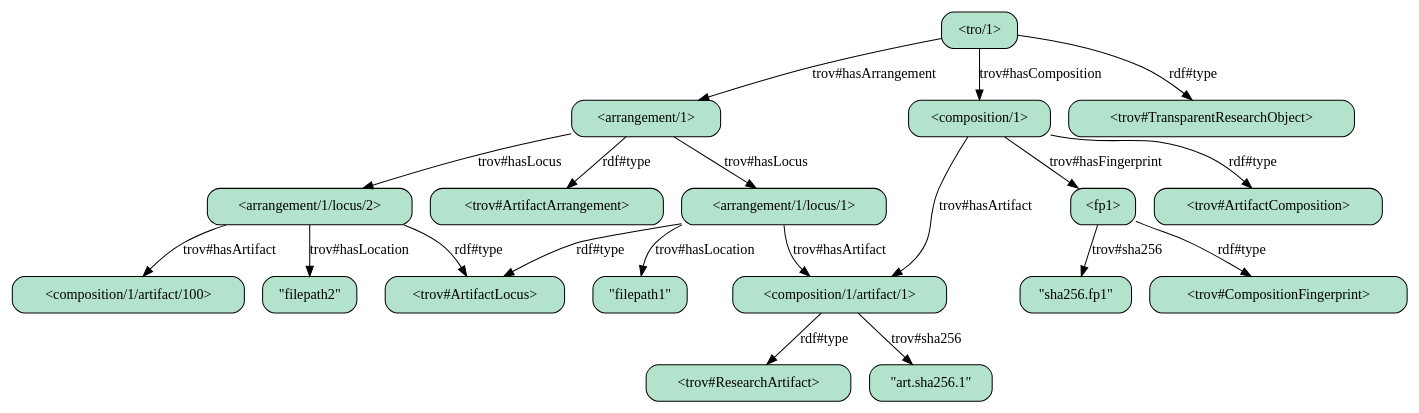
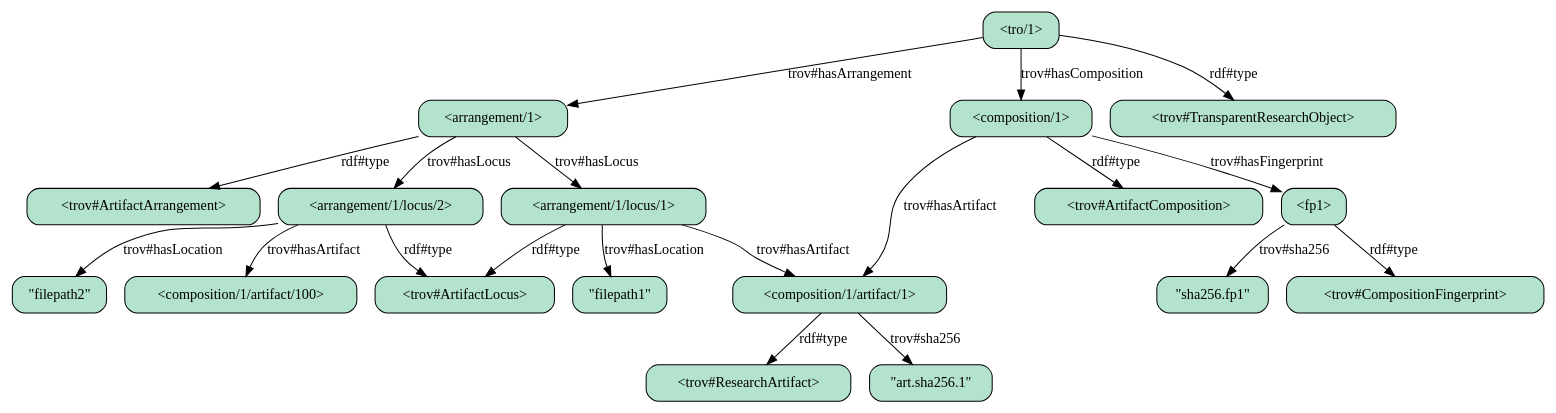
One commit to CIRSS/geist-p changed the diagram in demo/02-rdflib-demos/products/kb.gv. Above: the diagram before and after it, drawn with Graphviz. The commit also changed other lines of this file and 7 other files, not shown here.

```diff
--- a/demo/02-rdflib-demos/products/kb.gv
+++ b/demo/02-rdflib-demos/products/kb.gv
@@ -1,75 +1,75 @@
 strict digraph "" {
+	"<arrangement/1>"	[fillcolor="#b3e2cd",
+		shape=box,
+		style="filled, rounded"];
+	"<trov#ArtifactArrangement>"	[fillcolor="#b3e2cd",
+		shape=box,
+		style="filled, rounded"];
+	"<arrangement/1>" -> "<trov#ArtifactArrangement>"	[label=<rdf#type>];
+	"<arrangement/1/locus/1>"	[fillcolor="#b3e2cd",
+		shape=box,
+		style="filled, rounded"];
+	"<arrangement/1>" -> "<arrangement/1/locus/1>"	[label=<trov#hasLocus>];
+	"<arrangement/1/locus/2>"	[fillcolor="#b3e2cd",
+		shape=box,
+		style="filled, rounded"];
+	"<arrangement/1>" -> "<arrangement/1/locus/2>"	[label=<trov#hasLocus>];
+	"<trov#ArtifactLocus>"	[fillcolor="#b3e2cd",
+		shape=box,
+		style="filled, rounded"];
+	"<arrangement/1/locus/1>" -> "<trov#ArtifactLocus>"	[label=<rdf#type>];
+	"<composition/1/artifact/1>"	[fillcolor="#b3e2cd",
+		shape=box,
+		style="filled, rounded"];
+	"<arrangement/1/locus/1>" -> "<composition/1/artifact/1>"	[label=<trov#hasArtifact>];
+	"\"filepath1\""	[fillcolor="#b3e2cd",
+		shape=box,
+		style="filled, rounded"];
+	"<arrangement/1/locus/1>" -> "\"filepath1\""	[label=<trov#hasLocation>];
+	"<arrangement/1/locus/2>" -> "<trov#ArtifactLocus>"	[label=<rdf#type>];
+	"<composition/1/artifact/100>"	[fillcolor="#b3e2cd",
+		shape=box,
+		style="filled, rounded"];
+	"<arrangement/1/locus/2>" -> "<composition/1/artifact/100>"	[label=<trov#hasArtifact>];
+	"\"filepath2\""	[fillcolor="#b3e2cd",
+		shape=box,
+		style="filled, rounded"];
+	"<arrangement/1/locus/2>" -> "\"filepath2\""	[label=<trov#hasLocation>];
+	"<trov#ResearchArtifact>"	[fillcolor="#b3e2cd",
+		shape=box,
+		style="filled, rounded"];
+	"<composition/1/artifact/1>" -> "<trov#ResearchArtifact>"	[label=<rdf#type>];
+	"\"art.sha256.1\""	[fillcolor="#b3e2cd",
+		shape=box,
+		style="filled, rounded"];
+	"<composition/1/artifact/1>" -> "\"art.sha256.1\""	[label=<trov#sha256>];
+	"<composition/1>"	[fillcolor="#b3e2cd",
+		shape=box,
+		style="filled, rounded"];
+	"<composition/1>" -> "<composition/1/artifact/1>"	[label=<trov#hasArtifact>];
+	"<trov#ArtifactComposition>"	[fillcolor="#b3e2cd",
+		shape=box,
+		style="filled, rounded"];
+	"<composition/1>" -> "<trov#ArtifactComposition>"	[label=<rdf#type>];
 	"<fp1>"	[fillcolor="#b3e2cd",
 		shape=box,
 		style="filled, rounded"];
+	"<composition/1>" -> "<fp1>"	[label=<trov#hasFingerprint>];
 	"<trov#CompositionFingerprint>"	[fillcolor="#b3e2cd",
 		shape=box,
 		style="filled, rounded"];
 	"<fp1>" -> "<trov#CompositionFingerprint>"	[label=<rdf#type>];
 	"\"sha256.fp1\""	[fillcolor="#b3e2cd",
 		shape=box,
 		style="filled, rounded"];
 	"<fp1>" -> "\"sha256.fp1\""	[label=<trov#sha256>];
-	"<arrangement/1/locus/2>"	[fillcolor="#b3e2cd",
-		shape=box,
-		style="filled, rounded"];
-	"<composition/1/artifact/100>"	[fillcolor="#b3e2cd",
-		shape=box,
-		style="filled, rounded"];
-	"<arrangement/1/locus/2>" -> "<composition/1/artifact/100>"	[label=<trov#hasArtifact>];
-	"\"filepath2\""	[fillcolor="#b3e2cd",
-		shape=box,
-		style="filled, rounded"];
-	"<arrangement/1/locus/2>" -> "\"filepath2\""	[label=<trov#hasLocation>];
-	"<trov#ArtifactLocus>"	[fillcolor="#b3e2cd",
-		shape=box,
-		style="filled, rounded"];
-	"<arrangement/1/locus/2>" -> "<trov#ArtifactLocus>"	[label=<rdf#type>];
-	"<arrangement/1>"	[fillcolor="#b3e2cd",
-		shape=box,
-		style="filled, rounded"];
-	"<arrangement/1>" -> "<arrangement/1/locus/2>"	[label=<trov#hasLocus>];
-	"<trov#ArtifactArrangement>"	[fillcolor="#b3e2cd",
-		shape=box,
-		style="filled, rounded"];
-	"<arrangement/1>" -> "<trov#ArtifactArrangement>"	[label=<rdf#type>];
-	"<arrangement/1/locus/1>"	[fillcolor="#b3e2cd",
-		shape=box,
-		style="filled, rounded"];
-	"<arrangement/1>" -> "<arrangement/1/locus/1>"	[label=<trov#hasLocus>];
-	"<composition/1>"	[fillcolor="#b3e2cd",
-		shape=box,
-		style="filled, rounded"];
-	"<composition/1>" -> "<fp1>"	[label=<trov#hasFingerprint>];
-	"<composition/1/artifact/1>"	[fillcolor="#b3e2cd",
-		shape=box,
-		style="filled, rounded"];
-	"<composition/1>" -> "<composition/1/artifact/1>"	[label=<trov#hasArtifact>];
-	"<trov#ArtifactComposition>"	[fillcolor="#b3e2cd",
-		shape=box,
-		style="filled, rounded"];
-	"<composition/1>" -> "<trov#ArtifactComposition>"	[label=<rdf#type>];
-	"<trov#ResearchArtifact>"	[fillcolor="#b3e2cd",
-		shape=box,
-		style="filled, rounded"];
-	"<composition/1/artifact/1>" -> "<trov#ResearchArtifact>"	[label=<rdf#type>];
-	"\"art.sha256.1\""	[fillcolor="#b3e2cd",
-		shape=box,
-		style="filled, rounded"];
-	"<composition/1/artifact/1>" -> "\"art.sha256.1\""	[label=<trov#sha256>];
 	"<tro/1>"	[fillcolor="#b3e2cd",
 		shape=box,
 		style="filled, rounded"];
 	"<tro/1>" -> "<arrangement/1>"	[label=<trov#hasArrangement>];
 	"<tro/1>" -> "<composition/1>"	[label=<trov#hasComposition>];
 	"<trov#TransparentResearchObject>"	[fillcolor="#b3e2cd",
 		shape=box,
 		style="filled, rounded"];
 	"<tro/1>" -> "<trov#TransparentResearchObject>"	[label=<rdf#type>];
-	"<arrangement/1/locus/1>" -> "<composition/1/artifact/1>"	[label=<trov#hasArtifact>];
-	"\"filepath1\""	[fillcolor="#b3e2cd",
-		shape=box,
-		style="filled, rounded"];
-	"<arrangement/1/locus/1>" -> "\"filepath1\""	[label=<trov#hasLocation>];
-	"<arrangement/1/locus/1>" -> "<trov#ArtifactLocus>"	[label=<rdf#type>];
 }
```
